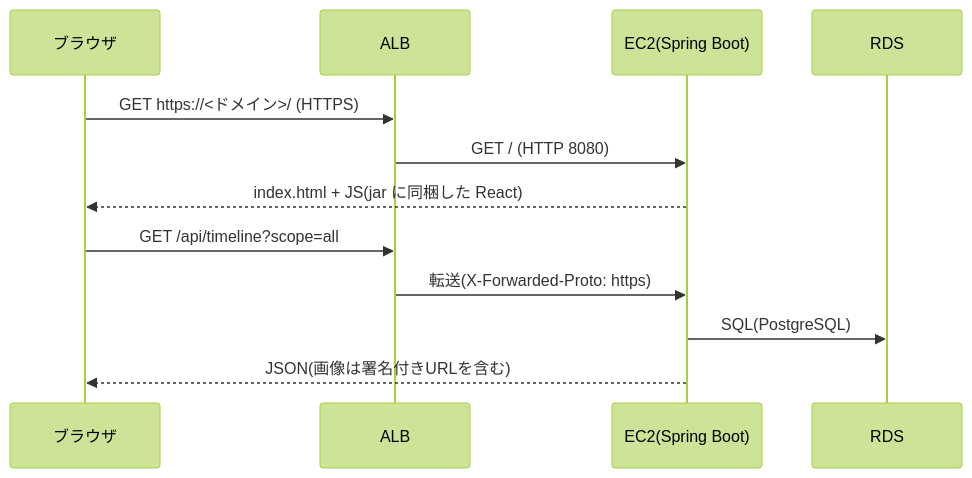
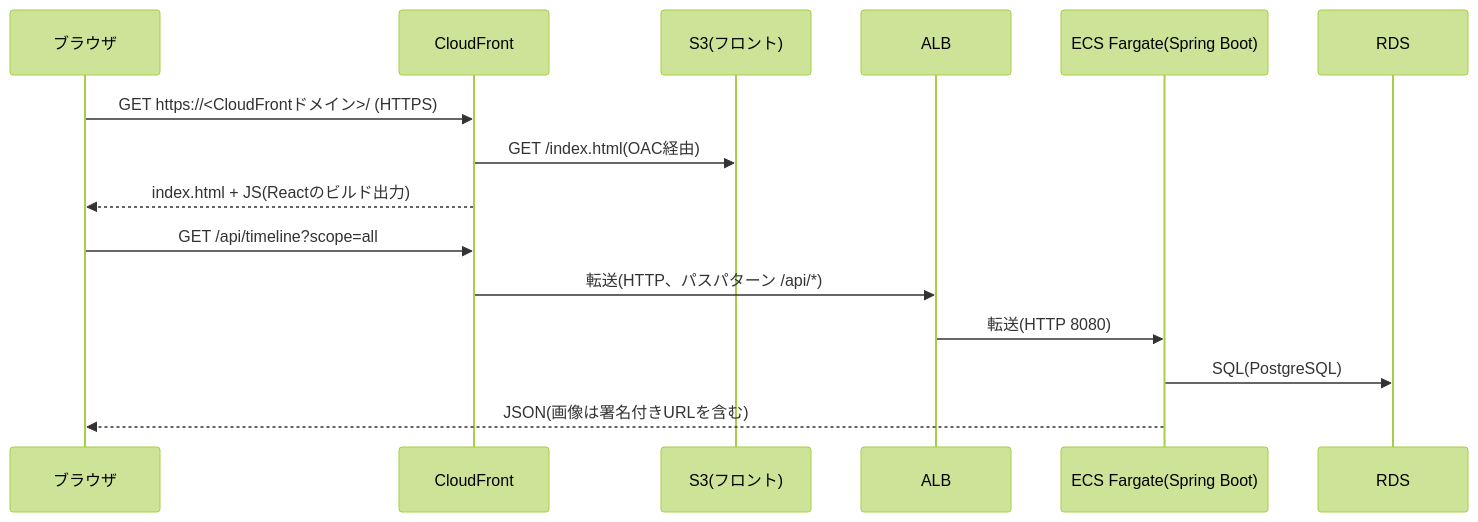
Before and after one commit to chengdanei48-beep/RaiseTimeLine: the second of 2 diagrams in docs/05-infrastructure.md, drawn with Mermaid (forest theme). The commit also changed other lines of this file and 22 other files, not shown here.

First line of the commit message:
feat: インフラをEC2レス化(S3+CloudFront / ECS Fargate)してTerraformで構築する

````diff
--- a/docs/05-infrastructure.md
+++ b/docs/05-infrastructure.md
@@ -62,14 +56,17 @@
 ```mermaid
 sequenceDiagram
     participant B as ブラウザ
+    participant C as CloudFront
+    participant S as S3(フロント)
     participant A as ALB
-    participant E as EC2(Spring Boot)
+    participant E as ECS Fargate(Spring Boot)
     participant R as RDS
-    B->>A: GET https://<ドメイン>/  (HTTPS)
-    A->>E: GET /  (HTTP 8080)
-    E-->>B: index.html + JS(jar に同梱した React)
-    B->>A: GET /api/timeline?scope=all
-    A->>E: 転送(X-Forwarded-Proto: https)
+    B->>C: GET https://<CloudFrontドメイン>/  (HTTPS)
+    C->>S: GET /index.html(OAC経由)
+    C-->>B: index.html + JS(Reactのビルド出力)
+    B->>C: GET /api/timeline?scope=all
+    C->>A: 転送(HTTP、パスパターン /api/*)
+    A->>E: 転送(HTTP 8080)
     E->>R: SQL(PostgreSQL)
     E-->>B: JSON(画像は署名付きURLを含む)
 ```
````
